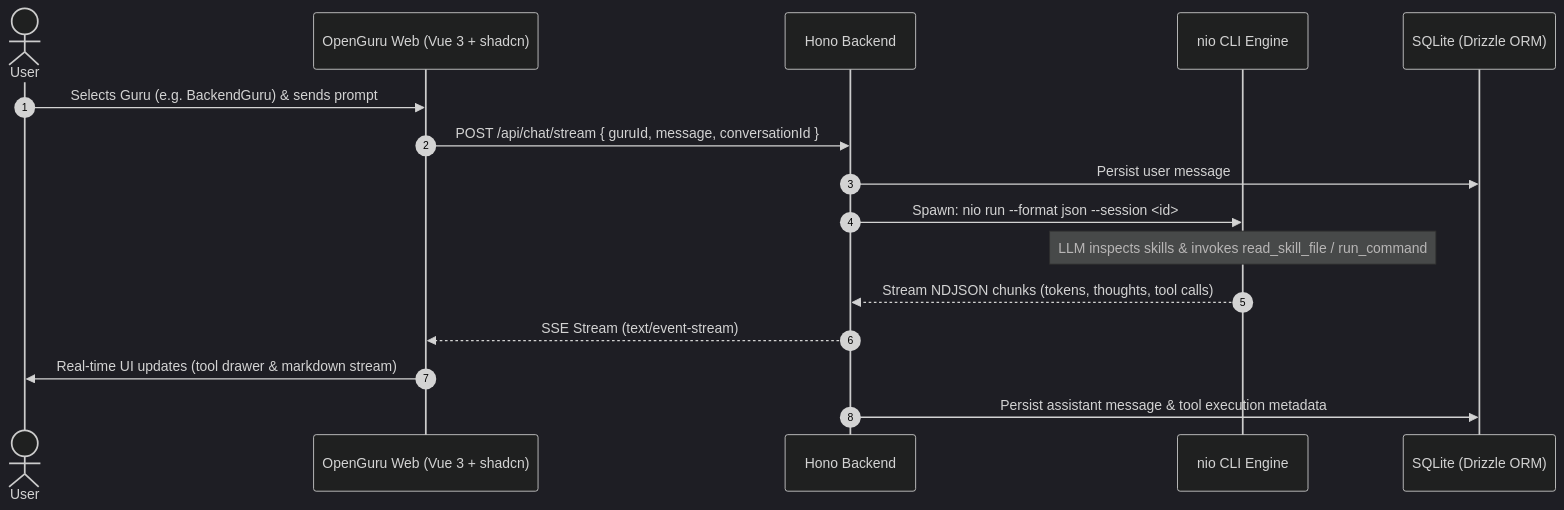
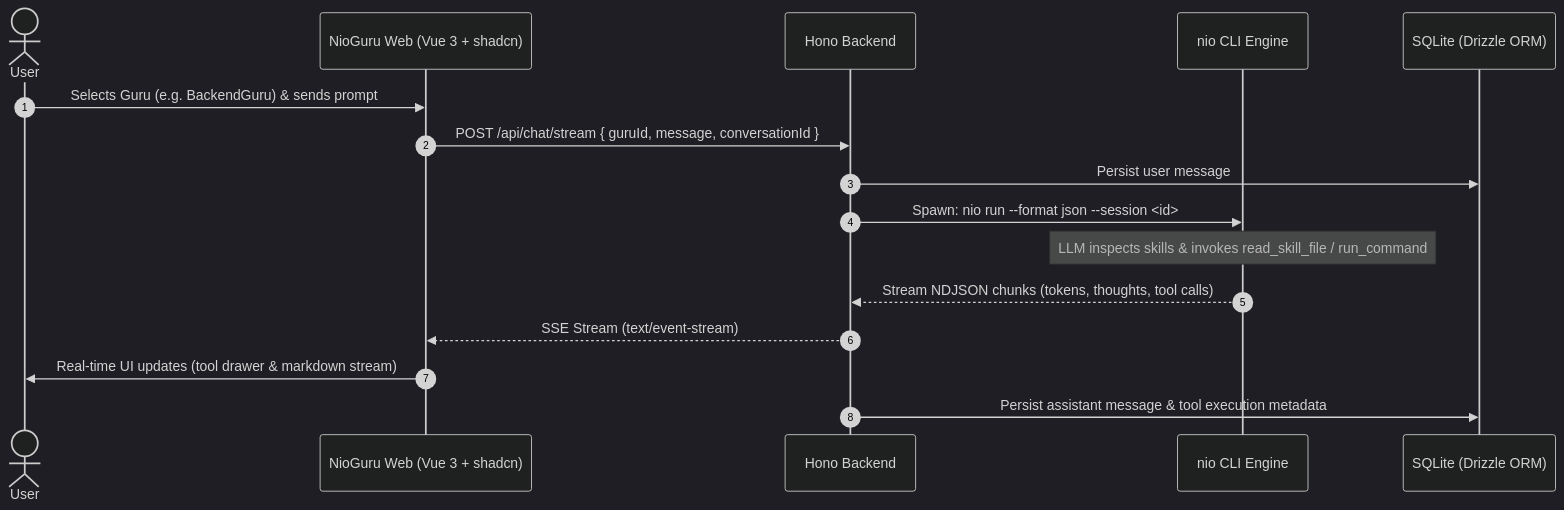
One commit to nio-labs/nio-guru changed the second of 2 diagrams in README.md. Above: the diagram before and after it, drawn with Mermaid (dark theme). The commit also changed other lines of this file and 16 other files, not shown here.

Commit message:
Rename OpenGuru to NioGuru and package the workspace

````diff
--- a/README.md
+++ b/README.md
@@ -81,19 +81,19 @@
 ```mermaid
 sequenceDiagram
     autonumber
     actor User
-    participant Web as OpenGuru Web (Vue 3 + shadcn)
+    participant Web as NioGuru Web (Vue 3 + shadcn)
     participant Server as Hono Backend
     participant Nio as nio CLI Engine
     participant DB as SQLite (Drizzle ORM)
 
     User->>Web: Selects Guru (e.g. BackendGuru) & sends prompt
     Web->>Server: POST /api/chat/stream { guruId, message, conversationId }
     Server->>DB: Persist user message
     Server->>Nio: Spawn: nio run --format json --session <id>
     Note over Nio: LLM inspects skills & invokes read_skill_file / run_command
     Nio-->>Server: Stream NDJSON chunks (tokens, thoughts, tool calls)
     Server-->>Web: SSE Stream (text/event-stream)
     Web->>User: Real-time UI updates (tool drawer & markdown stream)
     Server->>DB: Persist assistant message & tool execution metadata
 ```
````
